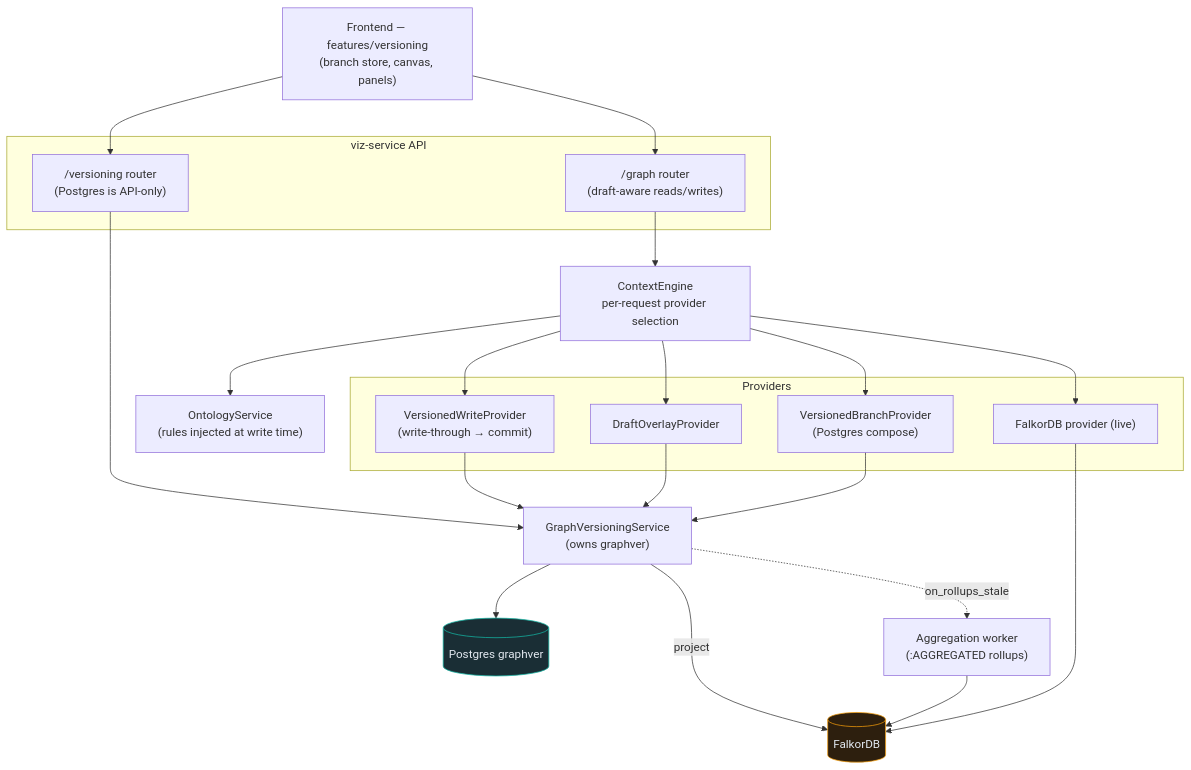
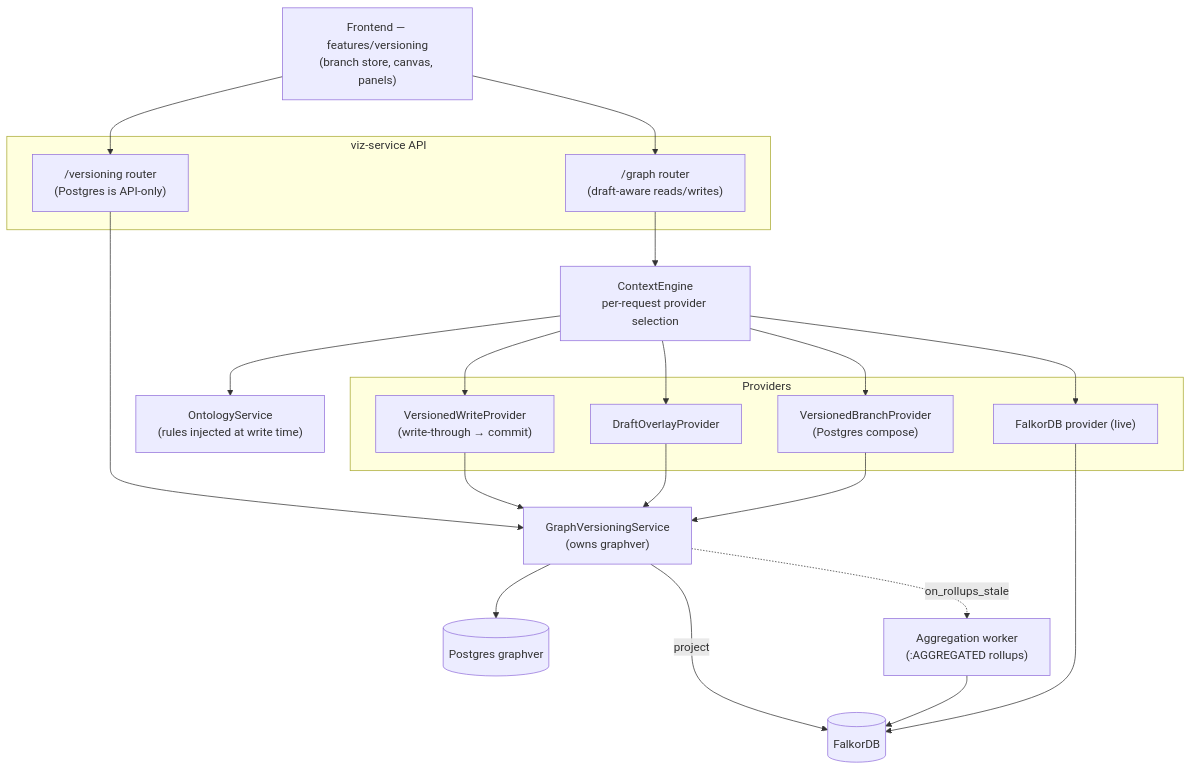
Before and after one commit to rkrumins/dataviz: the second of 5 diagrams in docs/versioning/01-overview-and-architecture.md, drawn with Mermaid. The commit also changed other lines of this file and 46 other files, not shown here.

````diff
--- a/docs/versioning/01-overview-and-architecture.md
+++ b/docs/versioning/01-overview-and-architecture.md
@@ -95,34 +93,32 @@
 ```mermaid
 graph TB
     FE["Frontend — features/versioning<br/>(branch store, canvas, panels)"]
     subgraph API["viz-service API"]
         VR["/versioning router<br/>(Postgres is API-only)"]
         GR["/graph router<br/>(draft-aware reads/writes)"]
     end
     CE["ContextEngine<br/>per-request provider selection"]
     SVC["GraphVersioningService<br/>(owns graphver)"]
     ONT["OntologyService<br/>(rules injected at write time)"]
     subgraph PROV["Providers"]
         VW["VersionedWriteProvider<br/>(write-through → commit)"]
         DO["DraftOverlayProvider"]
         VB["VersionedBranchProvider<br/>(Postgres compose)"]
         FK["FalkorDB provider (live)"]
     end
     AGG["Aggregation worker<br/>(:AGGREGATED rollups)"]
     PG[("Postgres graphver")]
     FDB[("FalkorDB")]
 
     FE --> VR --> SVC
     FE --> GR --> CE
     CE --> ONT
     CE --> VW & DO & VB & FK
     VW --> SVC
     DO --> SVC
     VB --> SVC
     SVC --> PG
     FK --> FDB
     SVC -->|project| FDB
     SVC -. on_rollups_stale .-> AGG --> FDB
-    style PG fill:#1a2e35,stroke:#14b8a6,color:#e2e8f0
-    style FDB fill:#2d1f0e,stroke:#f59e0b,color:#e2e8f0
 ```
````
